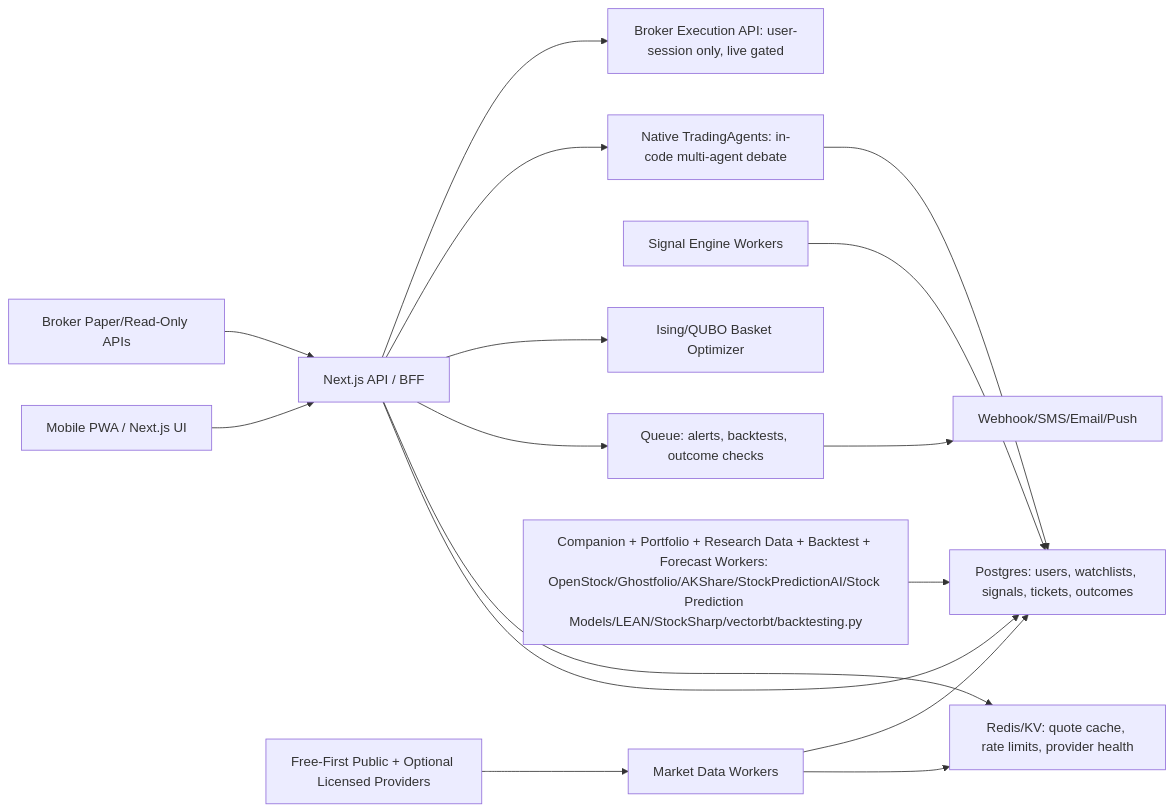
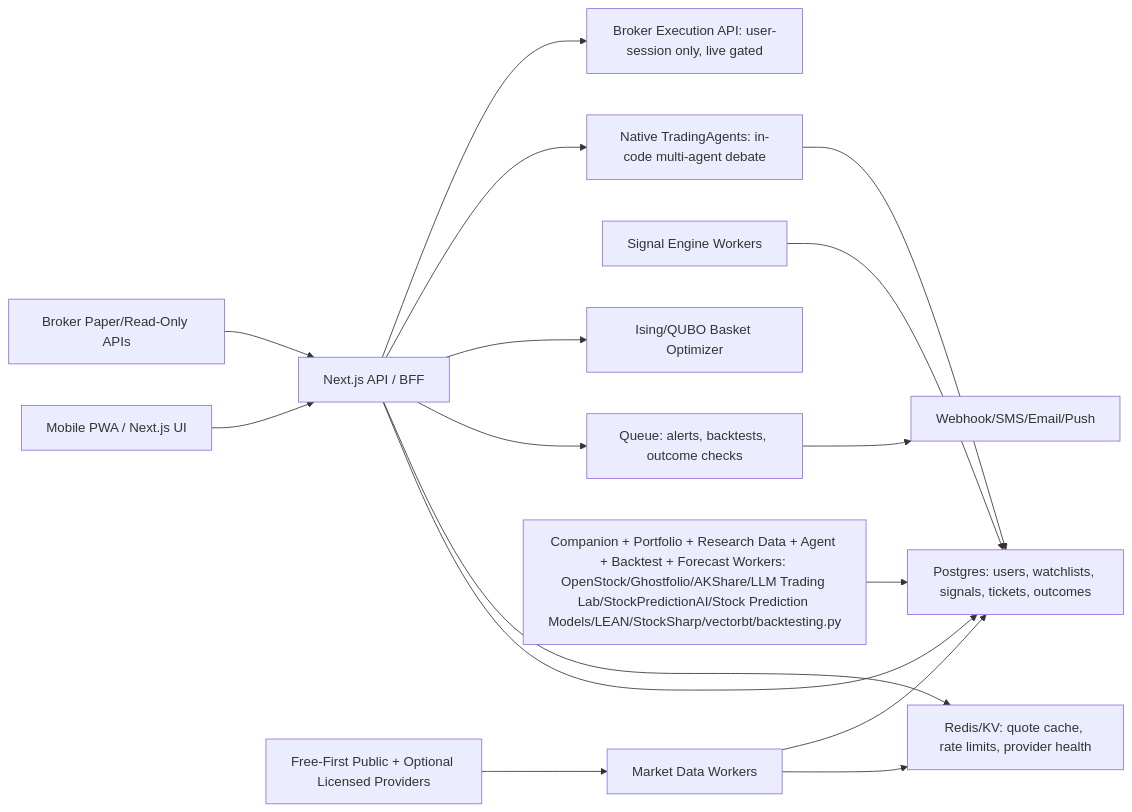
Before and after one commit to pinohu/trading-intel: the diagram in docs/ARCHITECTURE.md, drawn with Mermaid. The commit also changed other lines of this file and 14 other files, not shown here.

Commit message:
Add LLM Trading Lab worker lane

````diff
--- a/docs/ARCHITECTURE.md
+++ b/docs/ARCHITECTURE.md
@@ -35,18 +35,18 @@
 ```mermaid
 flowchart LR
   UI["Mobile PWA / Next.js UI"] --> BFF["Next.js API / BFF"]
   BFF --> DB["Postgres: users, watchlists, signals, tickets, outcomes"]
   BFF --> Cache["Redis/KV: quote cache, rate limits, provider health"]
   BFF --> Queue["Queue: alerts, backtests, outcome checks"]
   DataWorker["Market Data Workers"] --> Cache
   DataWorker --> DB
   Providers["Free-First Public + Optional Licensed Providers"] --> DataWorker
   SignalWorker["Signal Engine Workers"] --> DB
   BFF --> Ising["Ising/QUBO Basket Optimizer"]
   BFF --> TradingAgents["Native TradingAgents: in-code multi-agent debate"]
   TradingAgents --> DB
-  BacktestWorker["Companion + Portfolio + Research Data + Backtest + Forecast Workers: OpenStock/Ghostfolio/AKShare/StockPredictionAI/Stock Prediction Models/LEAN/StockSharp/vectorbt/backtesting.py"] --> DB
+  BacktestWorker["Companion + Portfolio + Research Data + Agent + Backtest + Forecast Workers: OpenStock/Ghostfolio/AKShare/LLM Trading Lab/StockPredictionAI/Stock Prediction Models/LEAN/StockSharp/vectorbt/backtesting.py"] --> DB
   Broker["Broker Paper/Read-Only APIs"] --> BFF
   BFF --> BrokerExec["Broker Execution API: user-session only, live gated"]
   Queue --> Alerts["Webhook/SMS/Email/Push"]
 ```
````
